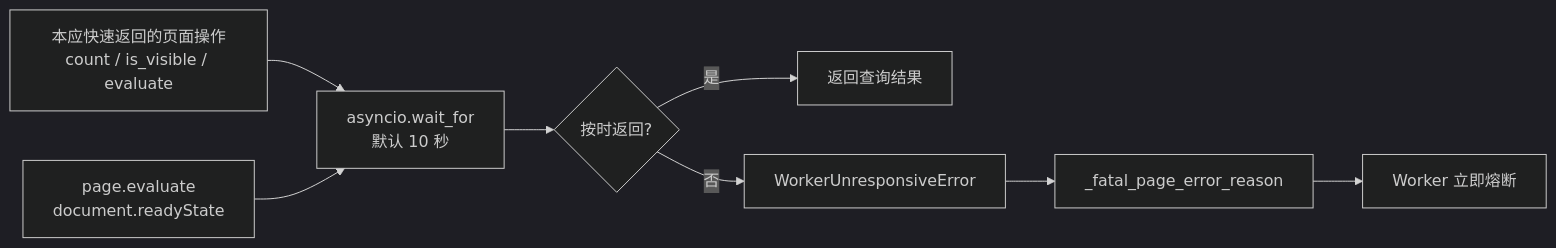
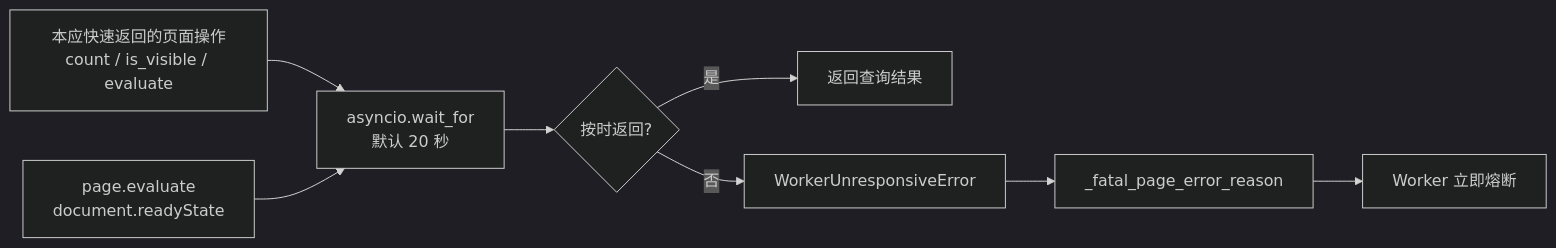
Before and after one commit to liao084/BitBrowser-Backfill-Engine: diagram 13 of 15 in ARCHITECTURE.md, drawn with Mermaid (dark theme). The commit also changed other lines of this file and 8 other files, not shown here.

Commit message:
docs: refresh architecture and split env templates

````diff
--- a/ARCHITECTURE.md
+++ b/ARCHITECTURE.md
@@ -542,11 +558,11 @@
 ```mermaid
 flowchart LR
-    Op["本应快速返回的页面操作<br/>count / is_visible / evaluate"] --> WaitFor["asyncio.wait_for<br/>默认 10 秒"]
+    Op["本应快速返回的页面操作<br/>count / is_visible / evaluate"] --> WaitFor["asyncio.wait_for<br/>默认 20 秒"]
     WaitFor --> Fast{"按时返回?"}
     Fast -->|"是"| Value["返回查询结果"]
     Fast -->|"否"| Error["WorkerUnresponsiveError"]
     Error --> Fatal["_fatal_page_error_reason"]
     Fatal --> Fuse["Worker 立即熔断"]
 
     Ready["page.evaluate<br/>document.readyState"] --> WaitFor
 ```
````
